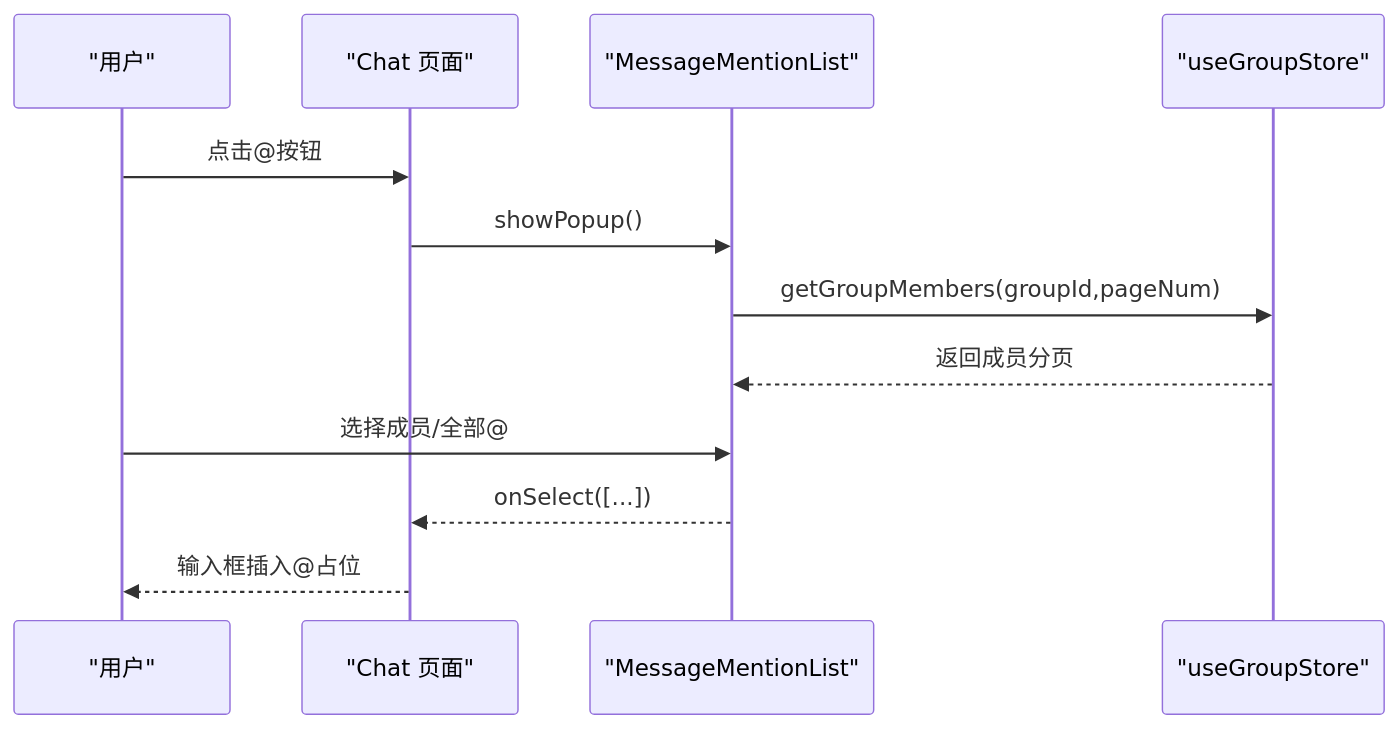
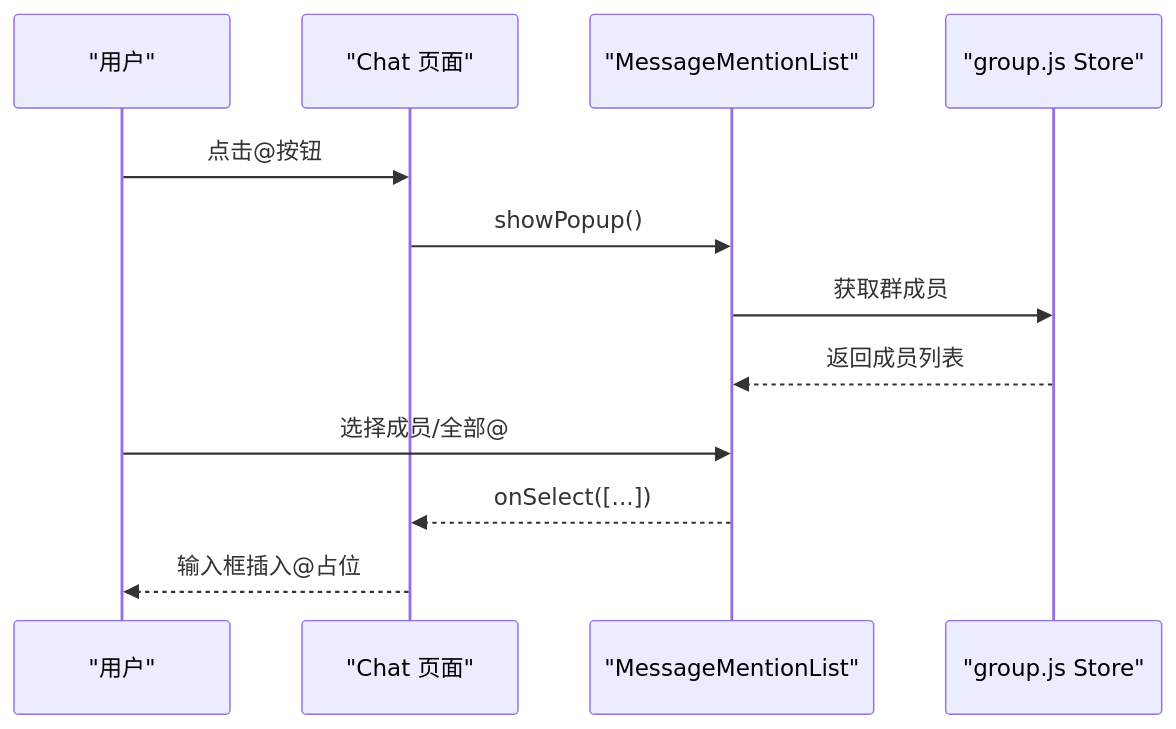
The eighth of 9 diagrams in .qoder/repowiki/zh/content/群组模块/群组模块.md (Easemob-Community/easemob-uikit-uniapp-community), drawn with Mermaid before and after one commit. The commit also changed other lines of this file and 14 other files, not shown here.

````diff
--- a/.qoder/repowiki/zh/content/群组模块/群组模块.md
+++ b/.qoder/repowiki/zh/content/群组模块/群组模块.md
@@ -300,14 +309,14 @@
 ```mermaid
 sequenceDiagram
 participant U as "用户"
 participant CH as "Chat 页面"
 participant ML as "MessageMentionList"
-participant GS as "useGroupStore"
+participant GS as "group.js Store"
 U->>CH : 点击@按钮
 CH->>ML : showPopup()
-ML->>GS : getGroupMembers(groupId,pageNum)
-GS-->>ML : 返回成员分页
+ML->>GS : 获取群成员
+GS-->>ML : 返回成员列表
 U->>ML : 选择成员/全部@
 ML-->>CH : onSelect([...])
 CH-->>U : 输入框插入@占位
 ```
````
